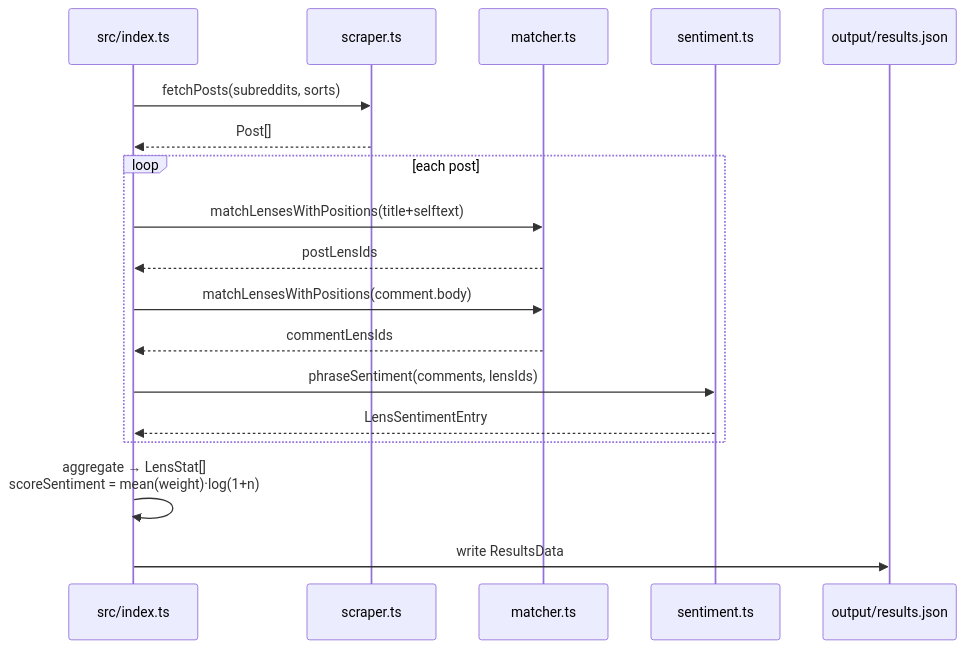
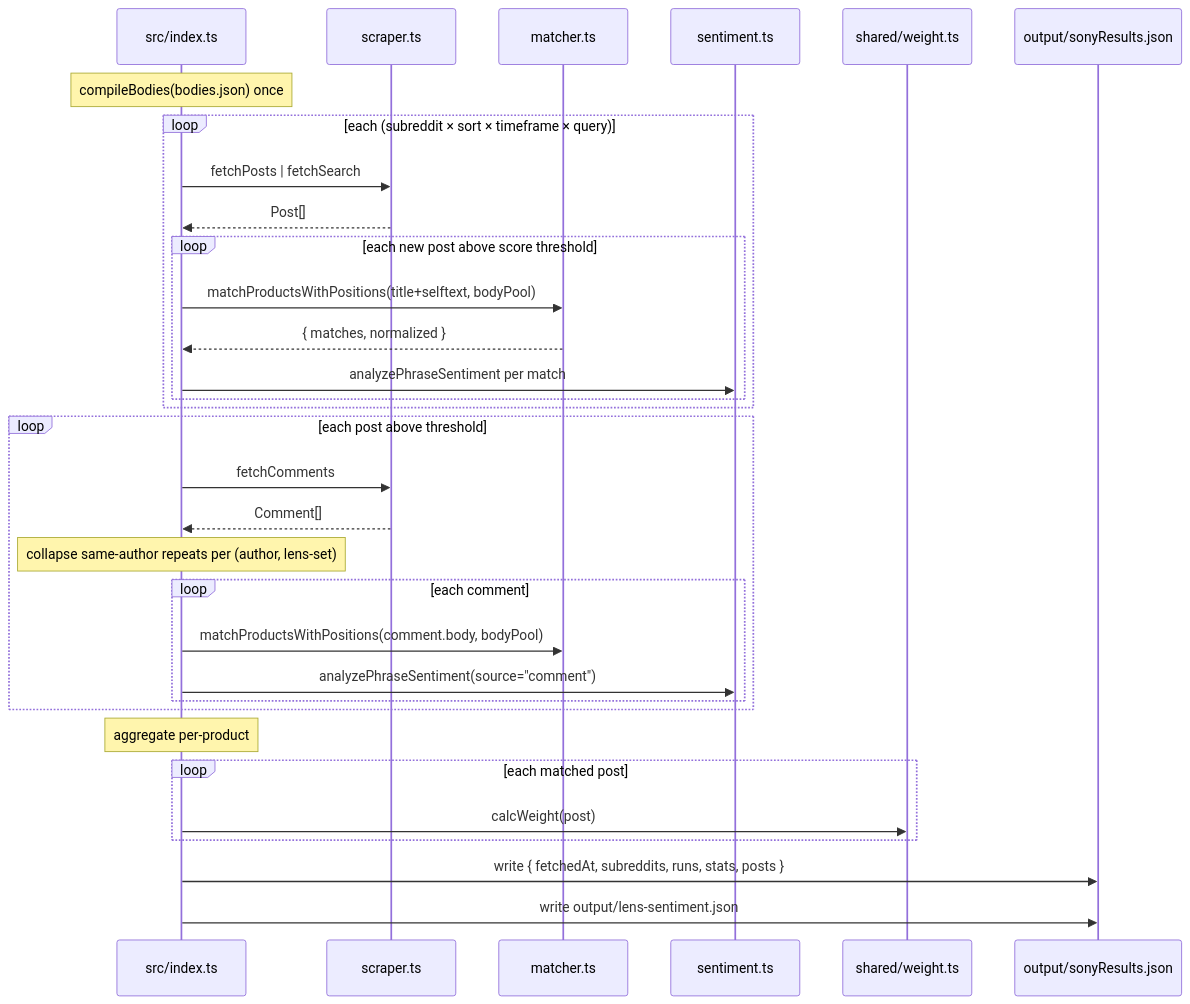
Before and after one commit to kcflip/lenslook: the second of 2 diagrams in docs/ARCHITECTURE.md, drawn with Mermaid. The commit also changed other lines of this file and 78 other files, not shown here.

````diff
--- a/docs/ARCHITECTURE.md
+++ b/docs/ARCHITECTURE.md
@@ -90,21 +118,35 @@
 ```mermaid
 sequenceDiagram
     participant Index as src/index.ts
     participant Scraper as scraper.ts
     participant Matcher as matcher.ts
     participant Sentiment as sentiment.ts
-    participant FS as output/results.json
+    participant Weight as shared/weight.ts
+    participant FS as output/sonyResults.json
 
-    Index->>Scraper: fetchPosts(subreddits, sorts)
-    Scraper-->>Index: Post[]
-    loop each post
-        Index->>Matcher: matchLensesWithPositions(title+selftext)
-        Matcher-->>Index: postLensIds
-        Index->>Matcher: matchLensesWithPositions(comment.body)
-        Matcher-->>Index: commentLensIds
-        Index->>Sentiment: phraseSentiment(comments, lensIds)
-        Sentiment-->>Index: LensSentimentEntry
+    Note over Index: compileBodies(bodies.json) once
+    loop each (subreddit × sort × timeframe × query)
+        Index->>Scraper: fetchPosts | fetchSearch
+        Scraper-->>Index: Post[]
+        loop each new post above score threshold
+            Index->>Matcher: matchProductsWithPositions(title+selftext, bodyPool)
+            Matcher-->>Index: { matches, normalized }
+            Index->>Sentiment: analyzePhraseSentiment per match
+        end
     end
-    Index->>Index: aggregate → LensStat[]<br/>scoreSentiment = mean(weight)·log(1+n)
-    Index->>FS: write ResultsData
+    loop each post above threshold
+        Index->>Scraper: fetchComments
+        Scraper-->>Index: Comment[]
+        Note over Index: collapse same-author repeats per (author, lens-set)
+        loop each comment
+            Index->>Matcher: matchProductsWithPositions(comment.body, bodyPool)
+            Index->>Sentiment: analyzePhraseSentiment(source="comment")
+        end
+    end
+    Note over Index: aggregate per-product
+    loop each matched post
+        Index->>Weight: calcWeight(post)
+    end
+    Index->>FS: write { fetchedAt, subreddits, runs, stats, posts }
+    Index->>FS: write output/lens-sentiment.json
 ```
````
